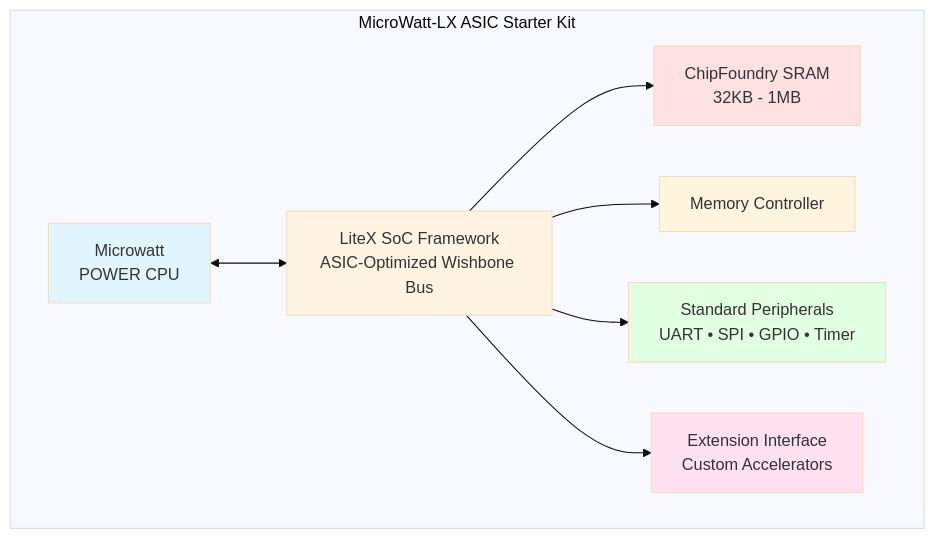
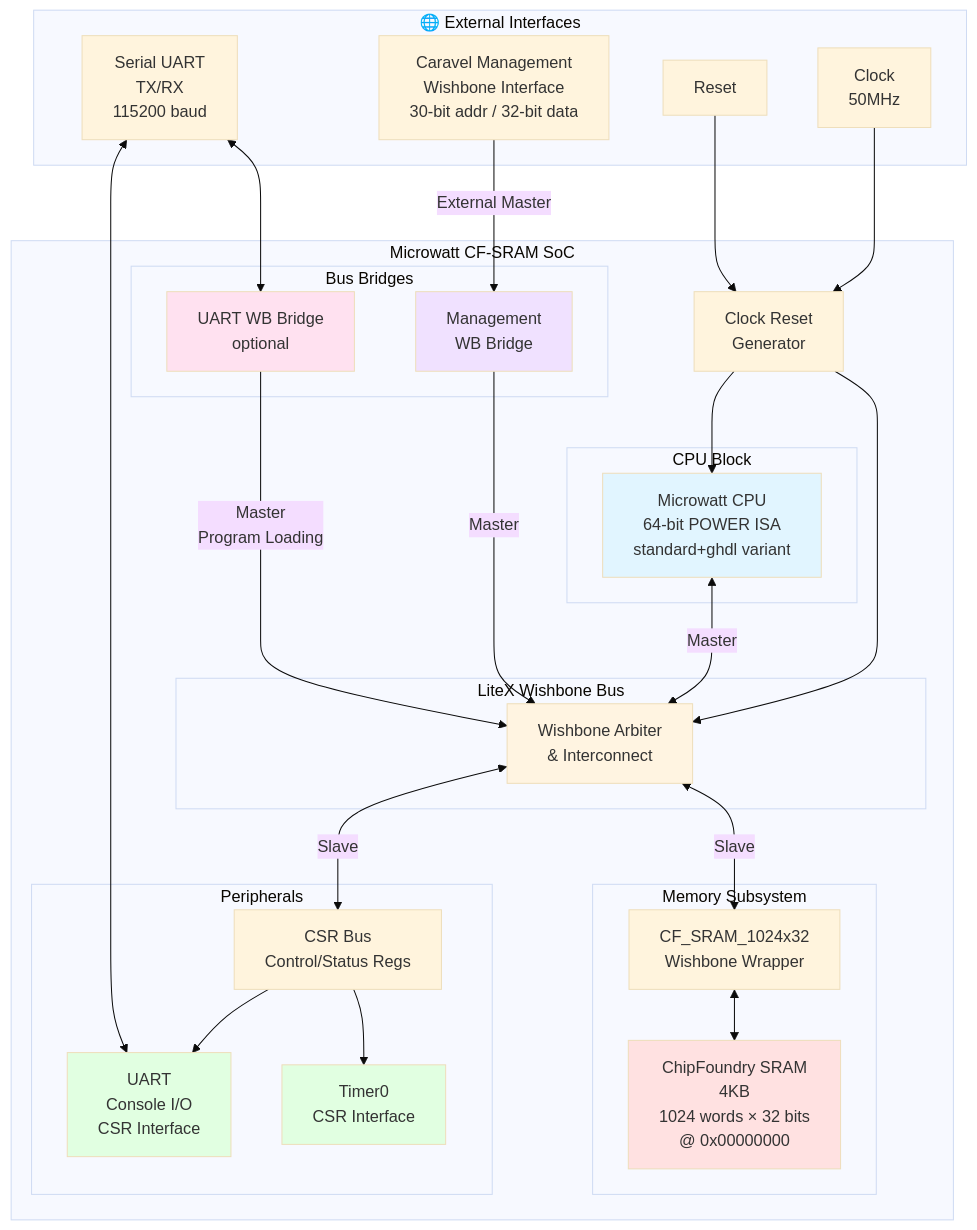
One commit to Lefteris-B/microwatt_design_challenge changed the diagram in Readme.md. Above: the diagram before and after it, drawn with Mermaid (base theme).

Commit message:
fixed diagrams

````diff
--- a/Readme.md
+++ b/Readme.md
@@ -74,20 +74,63 @@
 ```mermaid
 graph TB
-    subgraph MicroWatt-LX["MicroWatt-LX ASIC Starter Kit"]
-        CPU[Microwatt<br/>POWER CPU]
-        LiteX[LiteX SoC Framework<br/>ASIC-Optimized Wishbone Bus]
-        
-        CPU <--> LiteX
-        
-        LiteX --> SRAM[ChipFoundry SRAM<br/>32KB - 1MB]
-        LiteX --> MEM[Memory Controller]
-        LiteX --> PERIPH[Standard Peripherals<br/>UART • SPI • GPIO • Timer]
-        LiteX --> EXT[Extension Interface<br/>Custom Accelerators]
+    subgraph External["🌐 External Interfaces"]
+        CLK[Clock<br/>50MHz]
+        RST[Reset]
+        SERIAL[Serial UART<br/>TX/RX<br/>115200 baud]
+        MGMT[Caravel Management<br/>Wishbone Interface<br/>30-bit addr / 32-bit data]
     end
     
-    style CPU fill:#e1f5ff
-    style LiteX fill:#fff4e1
+    subgraph SoC["Microwatt CF-SRAM SoC"]
+        CRG[Clock Reset<br/>Generator]
+        
+        subgraph CPU_BLOCK["CPU Block"]
+            MICROWATT[Microwatt CPU<br/>64-bit POWER ISA<br/>standard+ghdl variant]
+        end
+        
+        subgraph BUS["LiteX Wishbone Bus"]
+            WB_ARBITER[Wishbone Arbiter<br/>& Interconnect]
+        end
+        
+        subgraph MEMORY["Memory Subsystem"]
+            SRAM_WRAP[CF_SRAM_1024x32<br/>Wishbone Wrapper]
+            SRAM[ChipFoundry SRAM<br/>4KB<br/>1024 words × 32 bits<br/>@ 0x00000000]
+        end
+        
+        subgraph PERIPHERALS["Peripherals"]
+            UART_CORE[UART<br/>Console I/O<br/>CSR Interface]
+            TIMER[Timer0<br/>CSR Interface]
+            CSR[CSR Bus<br/>Control/Status Regs]
+        end
+        
+        subgraph BRIDGES["Bus Bridges"]
+            MGMT_BR[Management<br/>WB Bridge]
+            UART_BR[UART WB Bridge<br/>optional]
+        end
+    end
+    
+    CLK --> CRG
+    RST --> CRG
+    CRG --> MICROWATT
+    CRG --> WB_ARBITER
+    
+    MICROWATT <-->|Master| WB_ARBITER
+    MGMT -->|External Master| MGMT_BR
+    MGMT_BR -->|Master| WB_ARBITER
+    SERIAL <--> UART_BR
+    UART_BR -->|Master<br/>Program Loading| WB_ARBITER
+    
+    WB_ARBITER <-->|Slave| SRAM_WRAP
+    SRAM_WRAP <--> SRAM
+    WB_ARBITER <-->|Slave| CSR
+    CSR --> UART_CORE
+    CSR --> TIMER
+    SERIAL <--> UART_CORE
+    
+    style MICROWATT fill:#e1f5ff
     style SRAM fill:#ffe1e1
-    style PERIPH fill:#e1ffe1
-    style EXT fill:#ffe1f0
+    style WB_ARBITER fill:#fff4e1
+    style UART_CORE fill:#e1ffe1
+    style TIMER fill:#e1ffe1
+    style MGMT_BR fill:#f0e1ff
+    style UART_BR fill:#ffe1f0
 ```
````
